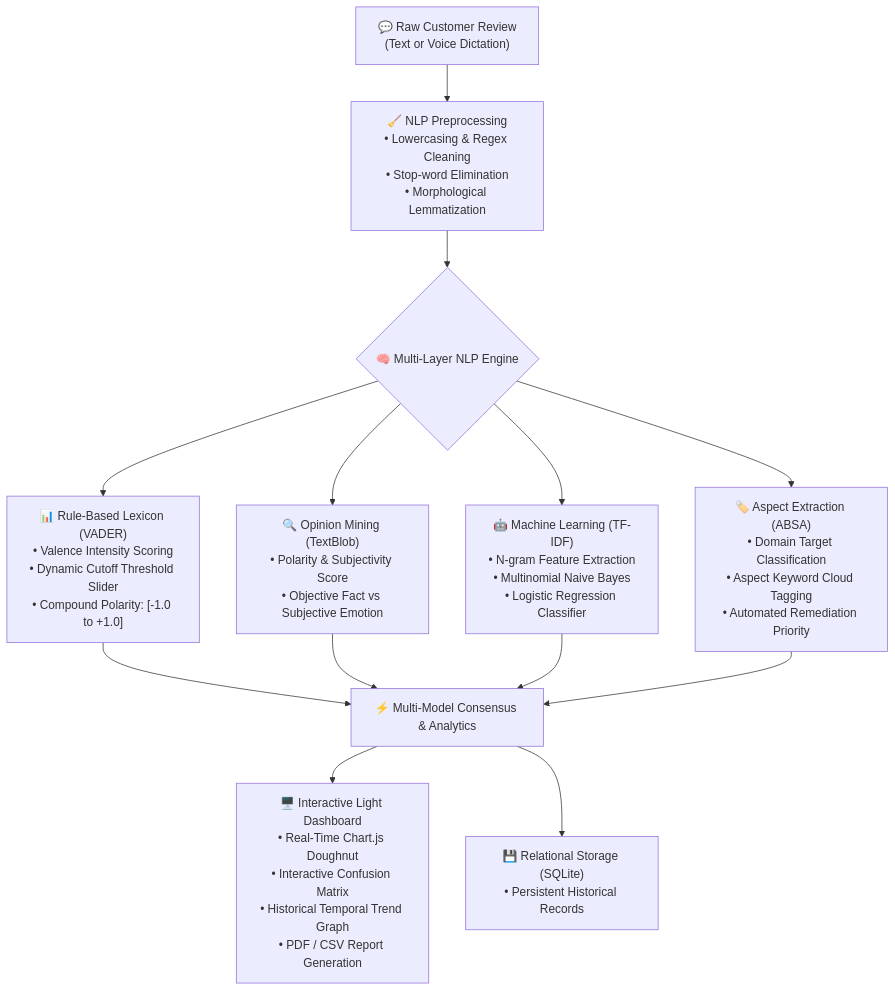
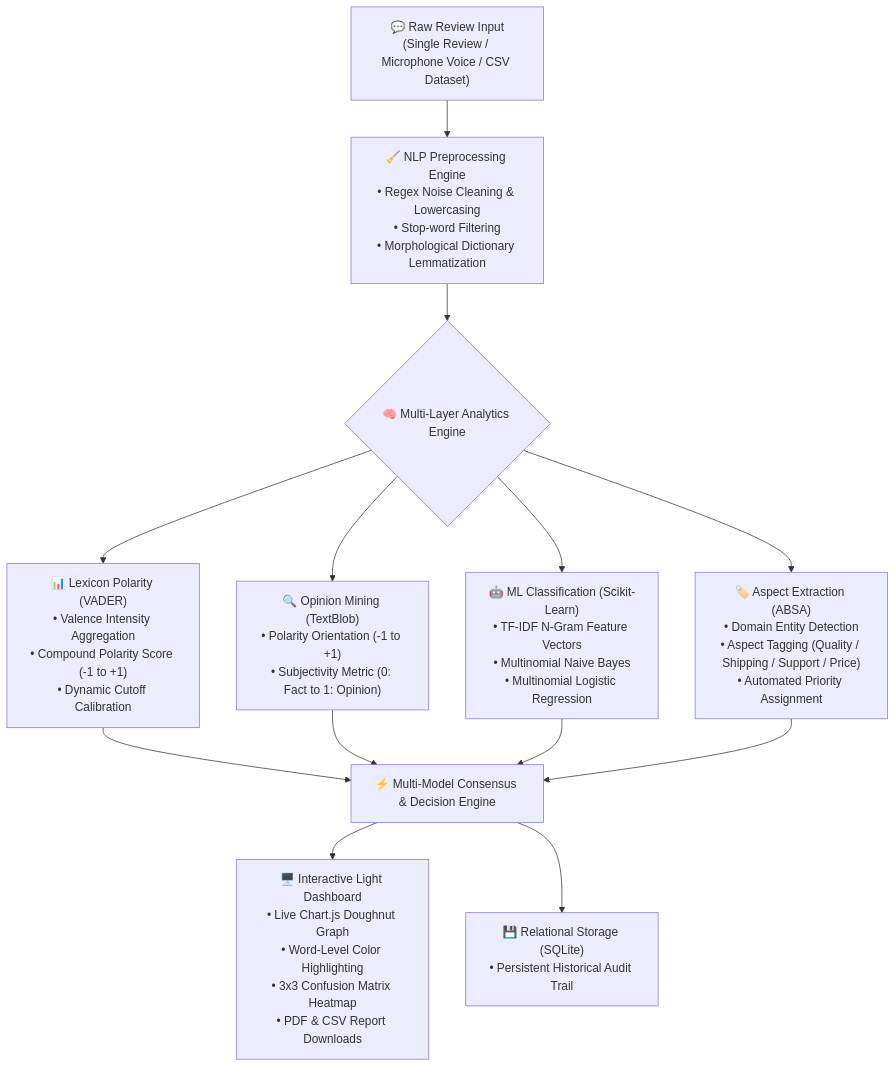
The diagram in README.md (surajsingh4507-del/Smart-Review-Analyzer), drawn with Mermaid before and after one commit. The commit also changed other lines of this file and 2 other files, not shown here.

Commit message:
Fix Vercel serverless routing 404 with multi-route decorators and enhance README with SEO badges, live demo link, and Mermaid architecture

````diff
--- a/README.md
+++ b/README.md
@@ -38,19 +56,19 @@
 ```mermaid
 flowchart TD
-    A["💬 Raw Customer Review<br/>(Text or Voice Dictation)"] --> B["🧹 NLP Preprocessing<br/>• Lowercasing & Regex Cleaning<br/>• Stop-word Elimination<br/>• Morphological Lemmatization"]
+    A["💬 Raw Review Input<br/>(Single Review / Microphone Voice / CSV Dataset)"] --> B["🧹 NLP Preprocessing Engine<br/>• Regex Noise Cleaning & Lowercasing<br/>• Stop-word Filtering<br/>• Morphological Dictionary Lemmatization"]
     
-    B --> C{"🧠 Multi-Layer NLP Engine"}
+    B --> C{"🧠 Multi-Layer Analytics Engine"}
     
-    C --> D["📊 Rule-Based Lexicon (VADER)<br/>• Valence Intensity Scoring<br/>• Dynamic Cutoff Threshold Slider<br/>• Compound Polarity: [-1.0 to +1.0]"]
-    C --> E["🔍 Opinion Mining (TextBlob)<br/>• Polarity & Subjectivity Score<br/>• Objective Fact vs Subjective Emotion"]
-    C --> F["🤖 Machine Learning (TF-IDF)<br/>• N-gram Feature Extraction<br/>• Multinomial Naive Bayes<br/>• Logistic Regression Classifier"]
-    C --> G["🏷️ Aspect Extraction (ABSA)<br/>• Domain Target Classification<br/>• Aspect Keyword Cloud Tagging<br/>• Automated Remediation Priority"]
+    C --> D["📊 Lexicon Polarity (VADER)<br/>• Valence Intensity Aggregation<br/>• Compound Polarity Score (-1 to +1)<br/>• Dynamic Cutoff Calibration"]
+    C --> E["🔍 Opinion Mining (TextBlob)<br/>• Polarity Orientation (-1 to +1)<br/>• Subjectivity Metric (0: Fact to 1: Opinion)"]
+    C --> F["🤖 ML Classification (Scikit-Learn)<br/>• TF-IDF N-Gram Feature Vectors<br/>• Multinomial Naive Bayes<br/>• Multinomial Logistic Regression"]
+    C --> G["🏷️ Aspect Extraction (ABSA)<br/>• Domain Entity Detection<br/>• Aspect Tagging (Quality / Shipping / Support / Price)<br/>• Automated Priority Assignment"]
     
-    D --> H["⚡ Multi-Model Consensus & Analytics"]
+    D --> H["⚡ Multi-Model Consensus & Decision Engine"]
     E --> H
     F --> H
     G --> H
     
-    H --> I["🖥️ Interactive Light Dashboard<br/>• Real-Time Chart.js Doughnut<br/>• Interactive Confusion Matrix<br/>• Historical Temporal Trend Graph<br/>• PDF / CSV Report Generation"]
-    H --> J["💾 Relational Storage (SQLite)<br/>• Persistent Historical Records"]
+    H --> I["🖥️ Interactive Light Dashboard<br/>• Live Chart.js Doughnut Graph<br/>• Word-Level Color Highlighting<br/>• 3x3 Confusion Matrix Heatmap<br/>• PDF & CSV Report Downloads"]
+    H --> J["💾 Relational Storage (SQLite)<br/>• Persistent Historical Audit Trail"]
 ```
````
